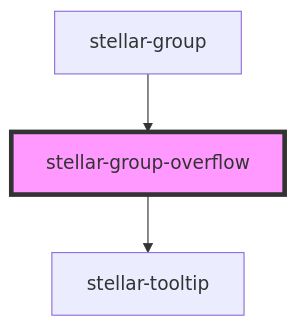
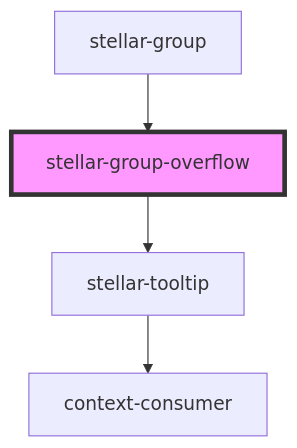
One commit to splitinfinities/Stellar changed the diagram in src/components/ui/group-overflow/readme.md. Above: the diagram before and after it, drawn with Mermaid. The commit also changed 44 other files, not shown here.

````diff
--- a/src/components/ui/group-overflow/readme.md
+++ b/src/components/ui/group-overflow/readme.md
@@ -27,6 +27,7 @@
 ```mermaid
 graph TD;
   stellar-group-overflow --> stellar-tooltip
+  stellar-tooltip --> context-consumer
   stellar-group --> stellar-group-overflow
   style stellar-group-overflow fill:#f9f,stroke:#333,stroke-width:4px
 ```
````
